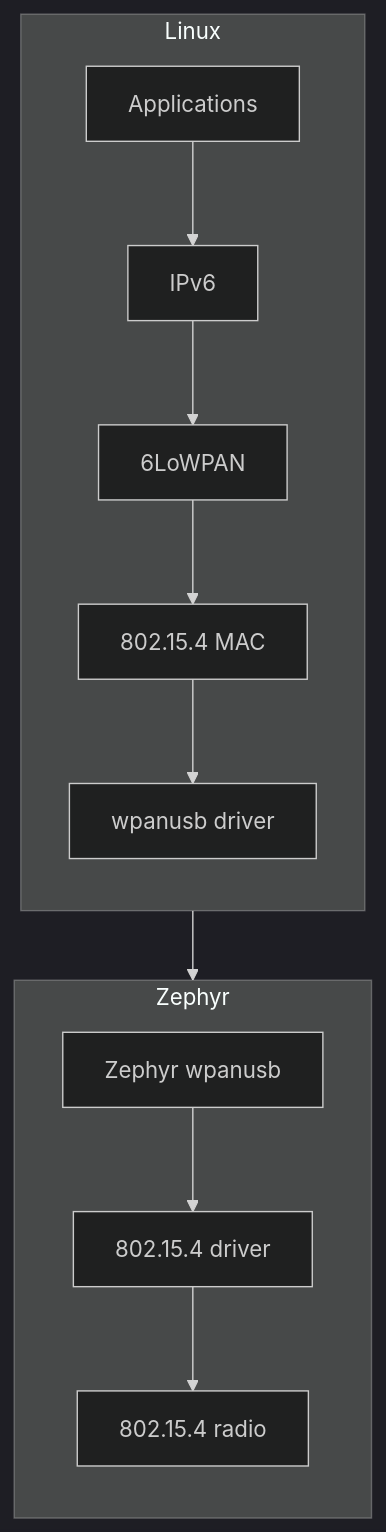
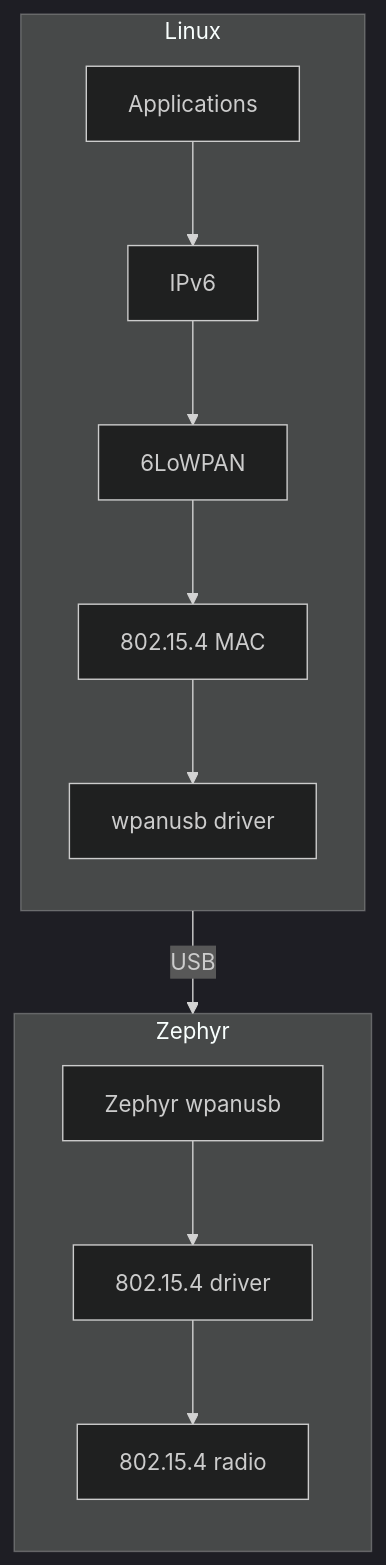
One commit to finikorg/wpanusb changed the diagram in README.md. Above: the diagram before and after it, drawn with Mermaid (dark theme). The commit also changed other lines of this file, not shown here.

````diff
--- a/README.md
+++ b/README.md
@@ -16,19 +10,19 @@
 ```mermaid
 graph TB
     subgraph Linux
         direction TB
         Applications-->IPv6
         IPv6-->6LoWPAN
         6LoWPAN-->lmac[802.15.4 MAC]
         lmac-->driver[wpanusb driver]
     end
 
     subgraph Zephyr
         direction TB
         app[Zephyr wpanusb]-->zmac[802.15.4 driver]
         zmac-->radio[802.15.4 radio]
 
     end
 
-    Linux-->Zephyr
+    Linux-->|USB| Zephyr
 ```
````
